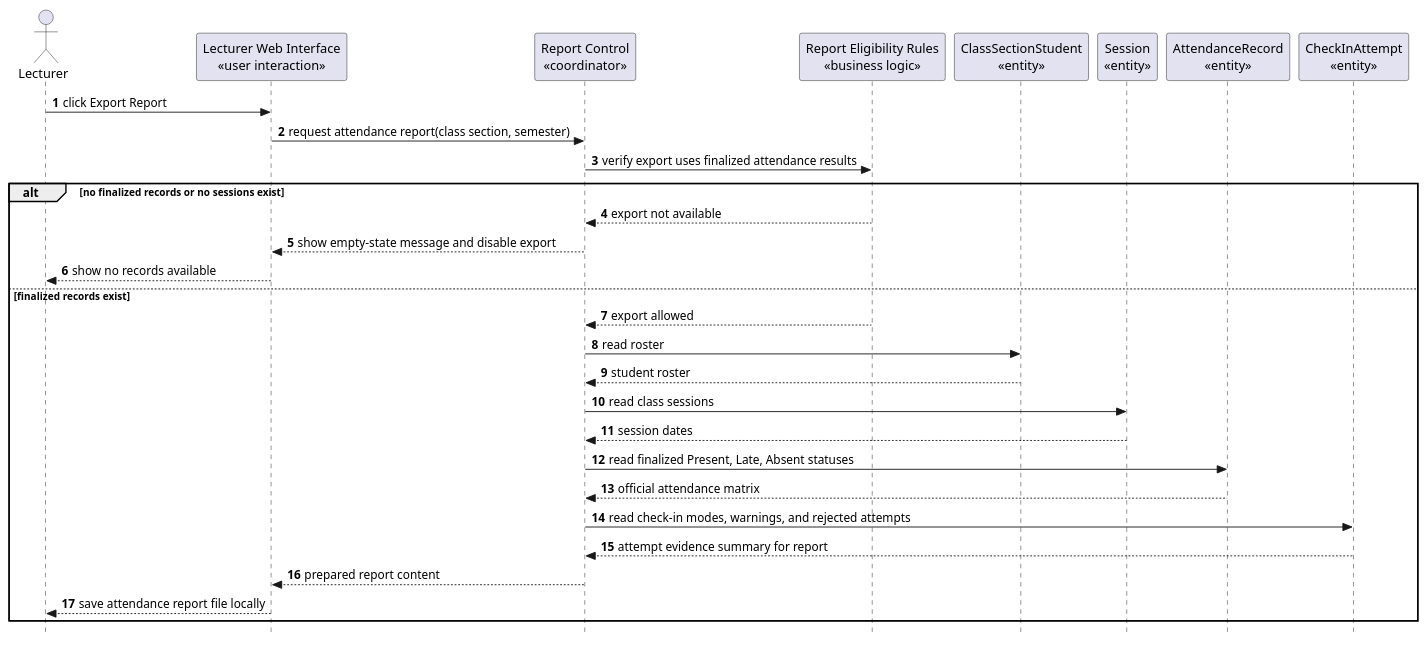
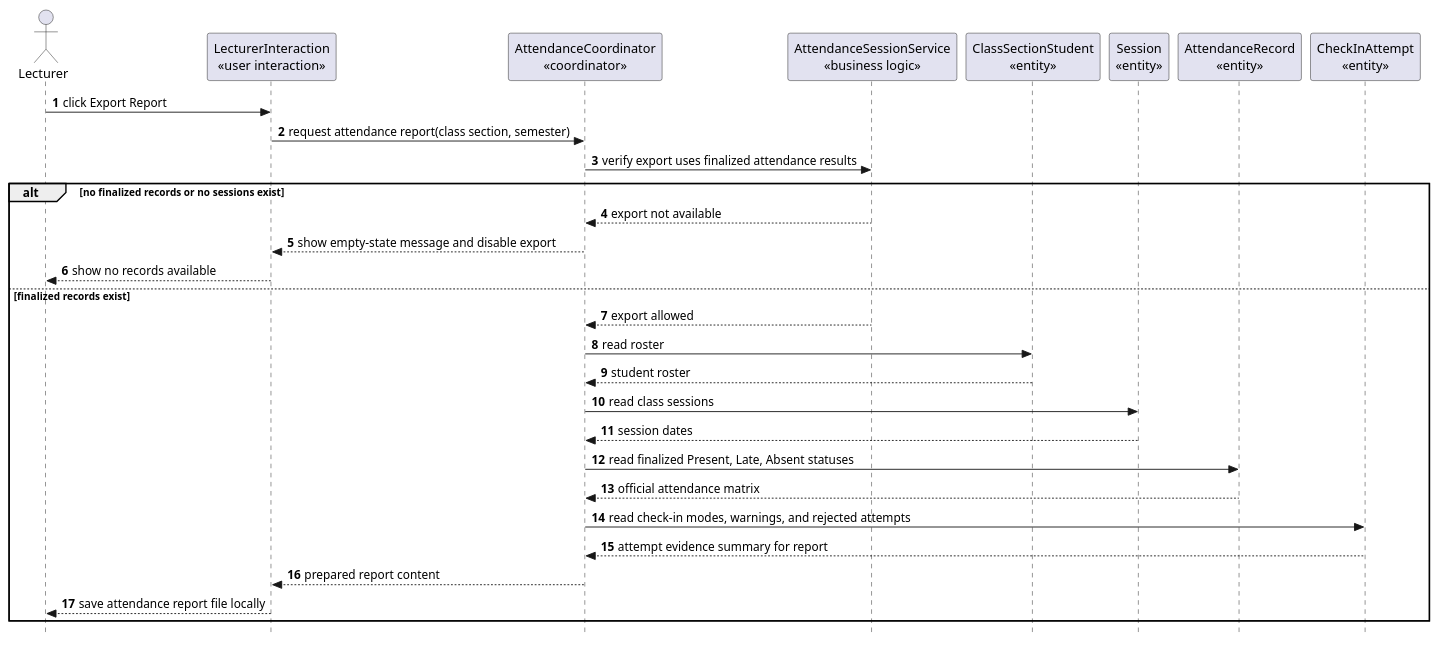
Diagram 21 of 29 in docs/sds/2_Analysis.md (nttung42/SWD392), drawn with PlantUML before and after one commit. The commit also changed other lines of this file and 5 other files, not shown here.

````diff
--- a/docs/sds/2_Analysis.md
+++ b/docs/sds/2_Analysis.md
@@ -1082,36 +1061,36 @@
 ```plantuml
 @startuml
 skinparam style strictuml
 autonumber
 actor "Lecturer" as Lecturer
-participant "Lecturer Web Interface\n«user interaction»" as LecturerUI
-participant "Report Control\n«coordinator»" as ReportControl
-participant "Report Eligibility Rules\n«business logic»" as ReportRules
+participant "LecturerInteraction\n«user interaction»" as LecturerUI
+participant "AttendanceCoordinator\n«coordinator»" as ReportControl
+participant "AttendanceSessionService\n«business logic»" as ReportRules
 participant "ClassSectionStudent\n«entity»" as ClassSectionStudent
 participant "Session\n«entity»" as Session
 participant "AttendanceRecord\n«entity»" as AttendanceRecord
 participant "CheckInAttempt\n«entity»" as CheckInAttempt
 
 Lecturer -> LecturerUI : click Export Report
 LecturerUI -> ReportControl : request attendance report(class section, semester)
 ReportControl -> ReportRules : verify export uses finalized attendance results
 
 alt no finalized records or no sessions exist
   ReportRules --> ReportControl : export not available
   ReportControl --> LecturerUI : show empty-state message and disable export
   LecturerUI --> Lecturer : show no records available
 else finalized records exist
   ReportRules --> ReportControl : export allowed
   ReportControl -> ClassSectionStudent : read roster
   ClassSectionStudent --> ReportControl : student roster
   ReportControl -> Session : read class sessions
   Session --> ReportControl : session dates
   ReportControl -> AttendanceRecord : read finalized Present, Late, Absent statuses
   AttendanceRecord --> ReportControl : official attendance matrix
   ReportControl -> CheckInAttempt : read check-in modes, warnings, and rejected attempts
   CheckInAttempt --> ReportControl : attempt evidence summary for report
   ReportControl --> LecturerUI : prepared report content
   LecturerUI --> Lecturer : save attendance report file locally
 end
 @enduml
 ```
````
